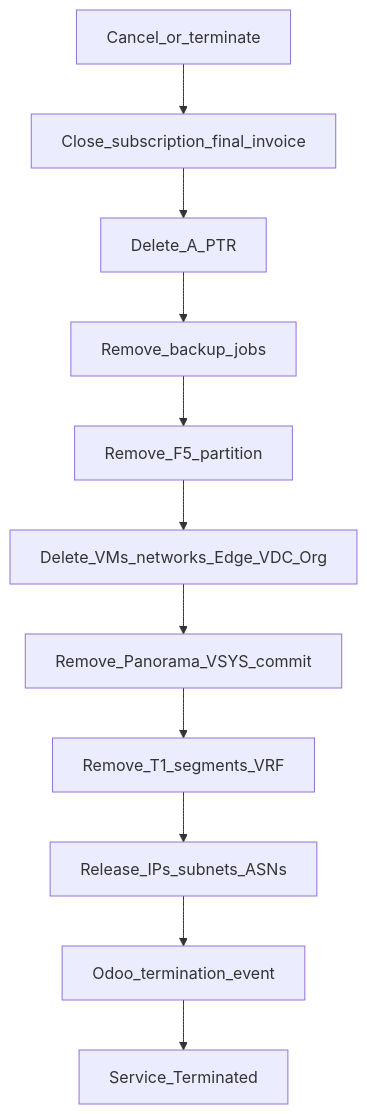
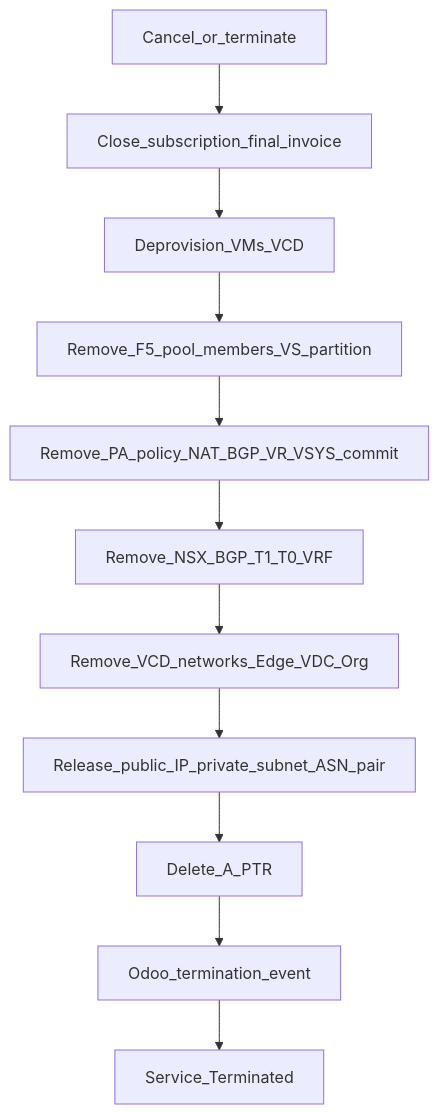
One commit to satish-londhe/admin-docs changed the diagram in docs/engagements/datamount/offboarding.md. Above: the diagram before and after it, drawn with Mermaid. The commit also changed other lines of this file and 60 other files, not shown here.

````diff
--- a/docs/engagements/datamount/offboarding.md
+++ b/docs/engagements/datamount/offboarding.md
@@ -25,13 +23,13 @@
 ```mermaid
 flowchart TB
   Start[Cancel_or_terminate] --> Bill[Close_subscription_final_invoice]
-  Bill --> DNS[Delete_A_PTR]
-  DNS --> Veeam[Remove_backup_jobs]
-  Veeam --> F5[Remove_F5_partition]
-  F5 --> VCD[Delete_VMs_networks_Edge_VDC_Org]
-  VCD --> PA[Remove_Panorama_VSYS_commit]
-  PA --> NSX[Remove_T1_segments_VRF]
-  NSX --> IPAM[Release_IPs_subnets_ASNs]
-  IPAM --> Odoo[Odoo_termination_event]
+  Bill --> VM[Deprovision_VMs_VCD]
+  VM --> F5[Remove_F5_pool_members_VS_partition]
+  F5 --> PA[Remove_PA_policy_NAT_BGP_VR_VSYS_commit]
+  PA --> NSX[Remove_NSX_BGP_T1_T0_VRF]
+  NSX --> VCD[Remove_VCD_networks_Edge_VDC_Org]
+  VCD --> IPAM[Release_public_IP_private_subnet_ASN_pair]
+  IPAM --> DNS[Delete_A_PTR]
+  DNS --> Odoo[Odoo_termination_event]
   Odoo --> Done[Service_Terminated]
 ```
````
